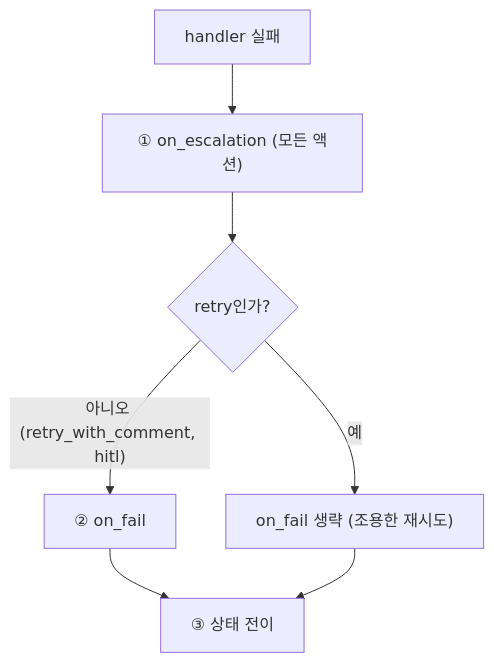
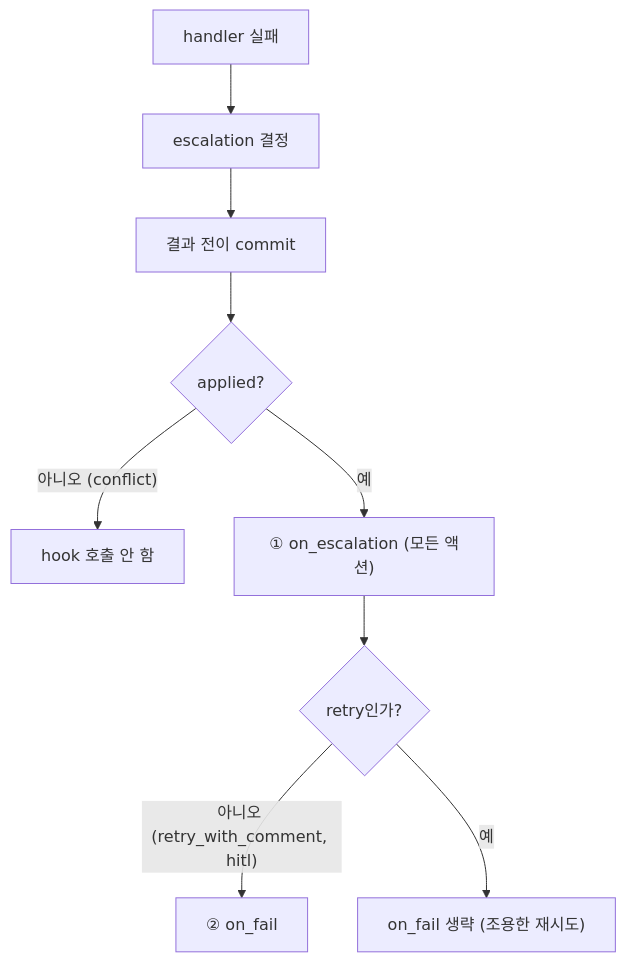
Before and after one commit to kys0213/belt: the seventh of 7 diagrams in spec/concerns/lifecycle-hook.md, drawn with Mermaid. The commit also changed other lines of this file and 1 other file, not shown here.

First line of the commit message:
docs(spec): add on_hitl_opened and align hook and channel contracts

````diff
--- a/spec/concerns/lifecycle-hook.md
+++ b/spec/concerns/lifecycle-hook.md
@@ -199,9 +211,11 @@
 ```mermaid
 flowchart TD
-    F["handler 실패"] --> E["① on_escalation (모든 액션)"]
+    F["handler 실패"] --> D["escalation 결정"]
+    D --> C["결과 전이 commit"]
+    C --> A{"applied?"}
+    A -- "아니오 (conflict)" --> NH["hook 호출 안 함"]
+    A -- 예 --> E["① on_escalation (모든 액션)"]
     E --> Q{"retry인가?"}
     Q -- "아니오 (retry_with_comment, hitl)" --> OF["② on_fail"]
     Q -- 예 --> N["on_fail 생략 (조용한 재시도)"]
-    OF --> T["③ 상태 전이"]
-    N --> T
 ```
````
